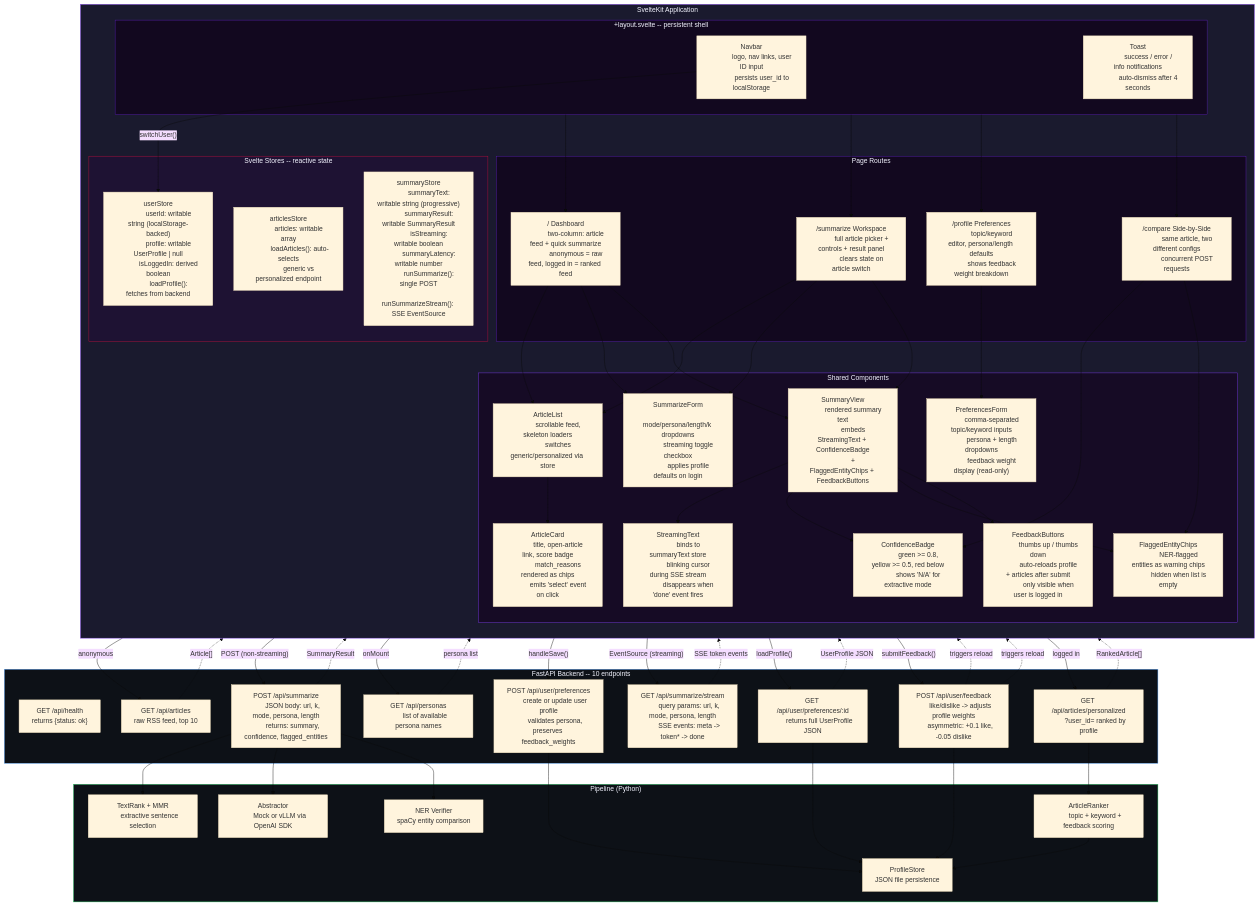
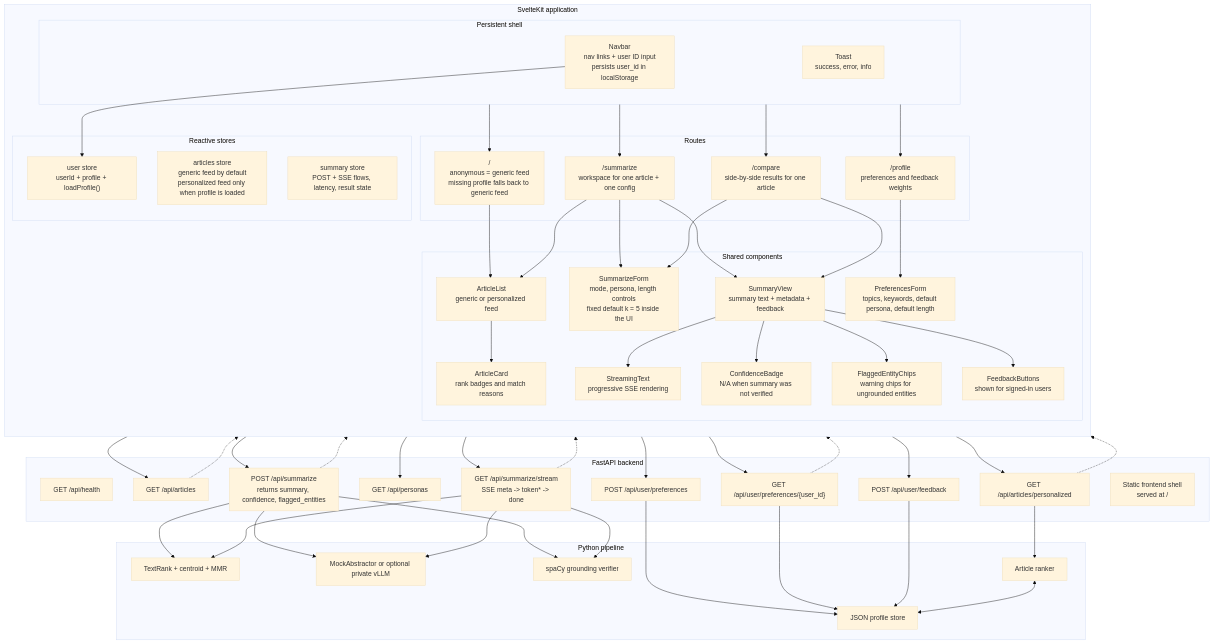
The diagram in docs/svelte-frontend.mmd (lytekm/AICapstoneProject), drawn with Mermaid (base theme) before and after one commit. The commit also changed 6 other files, not shown here.

Commit message:
docs: restructure readme and architecture docs

```diff
--- a/docs/svelte-frontend.mmd
+++ b/docs/svelte-frontend.mmd
@@ -1,189 +1,105 @@
-%% Phase 5 Svelte Frontend Architecture
-%% Component hierarchy, API endpoint mapping, data flow, and reactive store bindings.
-%% Render with: https://mermaid.live or any Mermaid-compatible viewer.
+%% Svelte frontend architecture for the current rouge-one implementation.
+%% Reflects the checked-in static build plus the SvelteKit source app.
 
 flowchart TB
-    subgraph SvelteApp["SvelteKit Application"]
+    subgraph App["SvelteKit application"]
         direction TB
 
-        subgraph Layout["+layout.svelte -- persistent shell"]
-            NAV["Navbar
-            logo, nav links, user ID input
-            persists user_id to localStorage"]
-            TOAST["Toast
-            success / error / info notifications
-            auto-dismiss after 4 seconds"]
+        subgraph Layout["Persistent shell"]
+            Navbar["Navbar<br/>nav links + user ID input<br/>persists user_id in localStorage"]
+            Toast["Toast<br/>success, error, info"]
         end
 
-        subgraph Pages["Page Routes"]
-            HOME["/ Dashboard
-            two-column: article feed + quick summarize
-            anonymous = raw feed, logged in = ranked feed"]
-            SUMMARIZE["/summarize Workspace
-            full article picker + controls + result panel
-            clears state on article switch"]
-            PROFILE["/profile Preferences
-            topic/keyword editor, persona/length defaults
-            shows feedback weight breakdown"]
-            COMPARE["/compare Side-by-Side
-            same article, two different configs
-            concurrent POST requests"]
+        subgraph Pages["Routes"]
+            Home["/<br/>anonymous = generic feed<br/>missing profile falls back to generic feed"]
+            Summarize["/summarize<br/>workspace for one article + one config"]
+            Profile["/profile<br/>preferences and feedback weights"]
+            Compare["/compare<br/>side-by-side results for one article"]
         end
 
-        subgraph Components["Shared Components"]
-            ARTLIST["ArticleList
-            scrollable feed, skeleton loaders
-            switches generic/personalized via store"]
-            ARTCARD["ArticleCard
-            title, open-article link, score badge
-            match_reasons rendered as chips
-            emits 'select' event on click"]
-            SUMFORM["SummarizeForm
-            mode/persona/length/k dropdowns
-            streaming toggle checkbox
-            applies profile defaults on login"]
-            SUMVIEW["SummaryView
-            rendered summary text
-            embeds StreamingText + ConfidenceBadge
-            + FlaggedEntityChips + FeedbackButtons"]
-            STREAM["StreamingText
-            binds to summaryText store
-            blinking cursor during SSE stream
-            disappears when 'done' event fires"]
-            CONFBADGE["ConfidenceBadge
-            green >= 0.8, yellow >= 0.5, red below
-            shows 'N/A' for extractive mode"]
-            ENTCHIPS["FlaggedEntityChips
-            NER-flagged entities as warning chips
-            hidden when list is empty"]
-            FEEDBACK["FeedbackButtons
-            thumbs up / thumbs down
-            auto-reloads profile + articles after submit
-            only visible when user is logged in"]
-            PERSFORM["PreferencesForm
-            comma-separated topic/keyword inputs
-            persona + length dropdowns
-            feedback weight display (read-only)"]
+        subgraph Components["Shared components"]
+            ArticleList["ArticleList<br/>generic or personalized feed"]
+            ArticleCard["ArticleCard<br/>rank badges and match reasons"]
+            SummarizeForm["SummarizeForm<br/>mode, persona, length controls<br/>fixed default k = 5 inside the UI"]
+            SummaryView["SummaryView<br/>summary text + metadata + feedback"]
+            StreamingText["StreamingText<br/>progressive SSE rendering"]
+            ConfidenceBadge["ConfidenceBadge<br/>N/A when summary was not verified"]
+            EntityChips["FlaggedEntityChips<br/>warning chips for ungrounded entities"]
+            FeedbackButtons["FeedbackButtons<br/>shown for signed-in users"]
+            PreferencesForm["PreferencesForm<br/>topics, keywords, default persona, default length"]
         end
 
-        subgraph Stores["Svelte Stores -- reactive state"]
-            USERSTORE["userStore
-            userId: writable string (localStorage-backed)
-            profile: writable UserProfile | null
-            isLoggedIn: derived boolean
-            loadProfile(): fetches from backend"]
-            ARTSTORE["articlesStore
-            articles: writable array
-            loadArticles(): auto-selects
-            generic vs personalized endpoint"]
-            SUMSTORE["summaryStore
-            summaryText: writable string (progressive)
-            summaryResult: writable SummaryResult
-            isStreaming: writable boolean
-            summaryLatency: writable number
-            runSummarize(): single POST
-            runSummarizeStream(): SSE EventSource"]
+        subgraph Stores["Reactive stores"]
+            UserStore["user store<br/>userId + profile + loadProfile()"]
+            ArticleStore["articles store<br/>generic feed by default<br/>personalized feed only when profile is loaded"]
+            SummaryStore["summary store<br/>POST + SSE flows, latency, result state"]
         end
     end
 
-    subgraph API["FastAPI Backend -- 10 endpoints"]
-        H["GET /api/health
-        returns {status: ok}"]
-        A["GET /api/articles
-        raw RSS feed, top 10"]
-        AP["GET /api/articles/personalized
-        ?user_id= ranked by profile"]
-        P["GET /api/personas
-        list of available persona names"]
-        S["POST /api/summarize
-        JSON body: url, k, mode, persona, length
-        returns: summary, confidence, flagged_entities"]
-        SS["GET /api/summarize/stream
-        query params: url, k, mode, persona, length
-        SSE events: meta -> token* -> done"]
-        UP_W["POST /api/user/preferences
-        create or update user profile
-        validates persona, preserves feedback_weights"]
-        UP_R["GET /api/user/preferences/:id
-        returns full UserProfile JSON"]
-        FB["POST /api/user/feedback
-        like/dislike -> adjusts profile weights
-        asymmetric: +0.1 like, -0.05 dislike"]
+    subgraph API["FastAPI backend"]
+        Health["GET /api/health"]
+        Articles["GET /api/articles"]
+        Personalized["GET /api/articles/personalized"]
+        Personas["GET /api/personas"]
+        SummarizeAPI["POST /api/summarize<br/>returns summary, confidence, flagged_entities"]
+        StreamAPI["GET /api/summarize/stream<br/>SSE meta -> token* -> done"]
+        SavePrefs["POST /api/user/preferences"]
+        ReadPrefs["GET /api/user/preferences/{user_id}"]
+        FeedbackAPI["POST /api/user/feedback"]
+        StaticShell["Static frontend shell<br/>served at /"]
     end
 
-    subgraph Backend["Pipeline (Python)"]
-        EXT["TextRank + MMR
-        extractive sentence selection"]
-        ABS["Abstractor
-        Mock or vLLM via OpenAI SDK"]
-        VER["NER Verifier
-        spaCy entity comparison"]
-        PROF["ProfileStore
-        JSON file persistence"]
-        RANK["ArticleRanker
-        topic + keyword + feedback scoring"]
+    subgraph Backend["Python pipeline"]
+        Extractive["TextRank + centroid + MMR"]
+        Abstractor["MockAbstractor or optional private vLLM"]
+        Verifier["spaCy grounding verifier"]
+        Profiles["JSON profile store"]
+        Ranker["Article ranker"]
     end
 
-    %% Layout mounts on every page
-    Layout --> HOME
-    Layout --> SUMMARIZE
-    Layout --> PROFILE
-    Layout --> COMPARE
+    Layout --> Home
+    Layout --> Summarize
+    Layout --> Profile
+    Layout --> Compare
 
-    %% Page -> Component composition
-    HOME --> ARTLIST
-    HOME --> SUMFORM
-    HOME --> SUMVIEW
-    SUMMARIZE --> ARTLIST
-    SUMMARIZE --> SUMFORM
-    SUMMARIZE --> SUMVIEW
-    PROFILE --> PERSFORM
-    COMPARE --> CONFBADGE
-    COMPARE --> ENTCHIPS
+    Home --> ArticleList
+    Summarize --> ArticleList
+    Summarize --> SummarizeForm
+    Summarize --> SummaryView
+    Profile --> PreferencesForm
+    Compare --> SummarizeForm
+    Compare --> SummaryView
 
-    %% Component nesting
-    ARTLIST --> ARTCARD
-    SUMVIEW --> STREAM
-    SUMVIEW --> CONFBADGE
-    SUMVIEW --> ENTCHIPS
-    SUMVIEW --> FEEDBACK
+    ArticleList --> ArticleCard
+    SummaryView --> StreamingText
+    SummaryView --> ConfidenceBadge
+    SummaryView --> EntityChips
+    SummaryView --> FeedbackButtons
 
-    %% Store -> API request flow (solid = outgoing request)
-    NAV -- "switchUser()" --> USERSTORE
-    USERSTORE -- "loadProfile()" --> UP_R
-    PERSFORM -- "handleSave()" --> UP_W
-    ARTSTORE -- "anonymous" --> A
-    ARTSTORE -- "logged in" --> AP
-    SUMFORM -- "POST (non-streaming)" --> S
-    SUMFORM -- "EventSource (streaming)" --> SS
-    FEEDBACK -- "submitFeedback()" --> FB
-    SUMFORM -- "onMount" --> P
+    Navbar --> UserStore
+    UserStore --> ReadPrefs
+    PreferencesForm --> SavePrefs
+    ArticleStore --> Articles
+    ArticleStore --> Personalized
+    SummarizeForm --> Personas
+    SummarizeForm --> SummarizeAPI
+    SummarizeForm --> StreamAPI
+    FeedbackButtons --> FeedbackAPI
 
-    %% API -> Store response flow (dotted = incoming data)
-    UP_R -. "UserProfile JSON" .-> USERSTORE
-    A -. "Article[]" .-> ARTSTORE
-    AP -. "RankedArticle[]" .-> ARTSTORE
-    S -. "SummaryResult" .-> SUMSTORE
-    SS -. "SSE token events" .-> SUMSTORE
-    P -. "persona list" .-> SUMFORM
-    FB -. "triggers reload" .-> USERSTORE
-    FB -. "triggers reload" .-> ARTSTORE
+    ReadPrefs -.-> UserStore
+    Articles -.-> ArticleStore
+    Personalized -.-> ArticleStore
+    SummarizeAPI -.-> SummaryStore
+    StreamAPI -.-> SummaryStore
 
-    %% Backend internal flow
-    S --> EXT
-    S --> ABS
-    S --> VER
-    AP --> RANK
-    UP_W --> PROF
-    UP_R --> PROF
-    FB --> PROF
-    RANK --> PROF
-
-    %% Styling
-    style SvelteApp fill:#1a1a2e,stroke:#7c3aed,color:#f3f4ff
-    style API fill:#0d1117,stroke:#58a6ff,color:#f3f4ff
-    style Backend fill:#0d1117,stroke:#22c55e,color:#f3f4ff
-    style Stores fill:#1e1233,stroke:#be123c,color:#f3f4ff
-    style Components fill:#160b25,stroke:#7c3aed,color:#f3f4ff
-    style Pages fill:#12081f,stroke:#5b21b6,color:#f3f4ff
-    style Layout fill:#12081f,stroke:#5b21b6,color:#f3f4ff
+    SummarizeAPI --> Extractive
+    SummarizeAPI --> Abstractor
+    SummarizeAPI --> Verifier
+    StreamAPI --> Extractive
+    StreamAPI --> Abstractor
+    StreamAPI --> Verifier
+    Personalized --> Ranker
+    SavePrefs --> Profiles
+    ReadPrefs --> Profiles
+    FeedbackAPI --> Profiles
+    Ranker <--> Profiles
```
